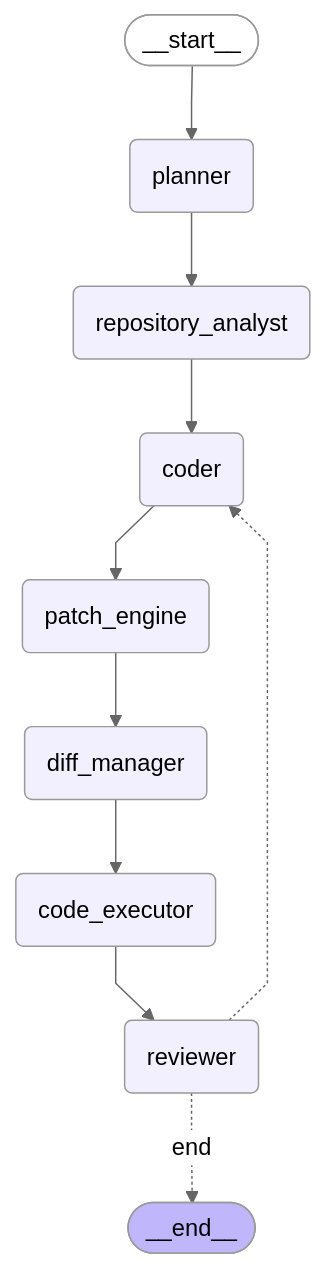
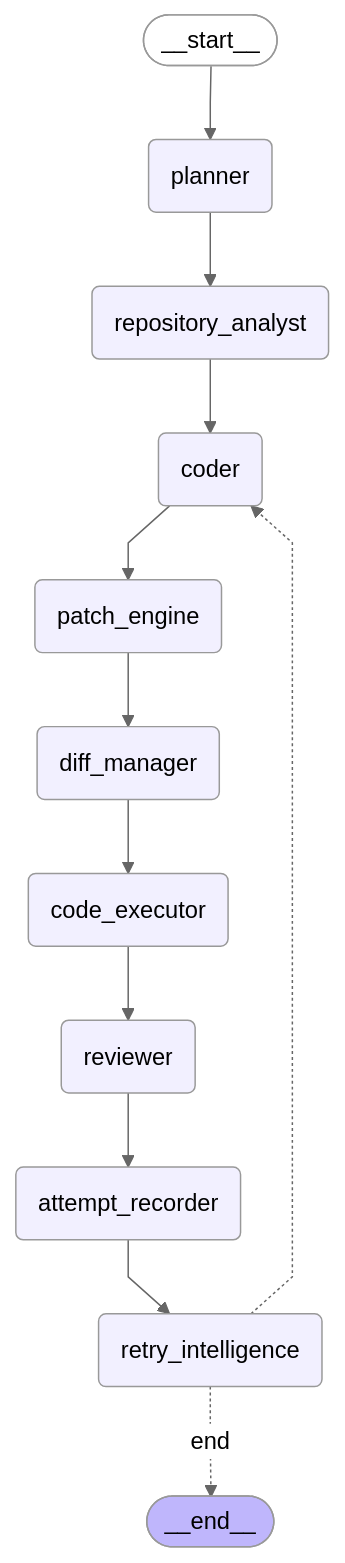
One commit to SonuSk584/DevPilot changed the diagram in devpilot_graph.mmd. Above: the diagram before and after it, drawn with Mermaid (neutral theme). The commit also changed 16 other files, not shown here.

Commit message:
feat: add retry intelligence and verification workflow

```diff
--- a/devpilot_graph.mmd
+++ b/devpilot_graph.mmd
@@ -1,27 +1,31 @@
 ---
 config:
   flowchart:
     curve: linear
 ---
 graph TD;
 	__start__([<p>__start__</p>]):::first
 	planner(planner)
 	repository_analyst(repository_analyst)
 	coder(coder)
 	patch_engine(patch_engine)
 	diff_manager(diff_manager)
 	code_executor(code_executor)
 	reviewer(reviewer)
+	attempt_recorder(attempt_recorder)
+	retry_intelligence(retry_intelligence)
 	__end__([<p>__end__</p>]):::last
 	__start__ --> planner;
+	attempt_recorder --> retry_intelligence;
 	code_executor --> reviewer;
 	coder --> patch_engine;
 	diff_manager --> code_executor;
 	patch_engine --> diff_manager;
 	planner --> repository_analyst;
 	repository_analyst --> coder;
-	reviewer -. &nbsp;end&nbsp; .-> __end__;
-	reviewer -.-> coder;
+	retry_intelligence -. &nbsp;end&nbsp; .-> __end__;
+	retry_intelligence -.-> coder;
+	reviewer --> attempt_recorder;
 	classDef default fill:#f2f0ff,line-height:1.2
 	classDef first fill-opacity:0
 	classDef last fill:#bfb6fc
```
